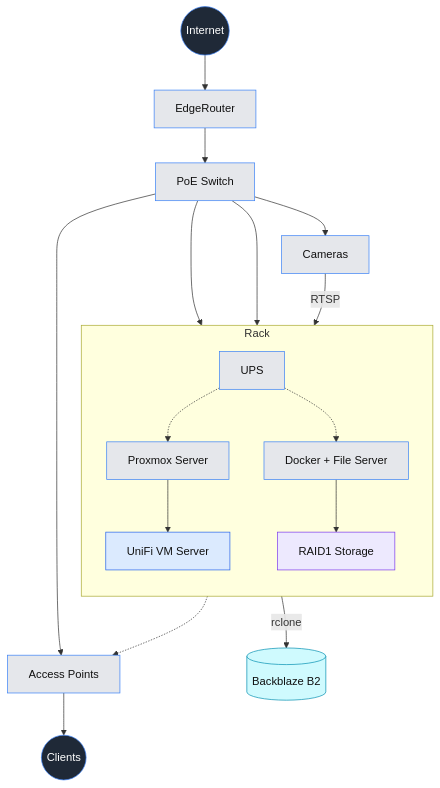
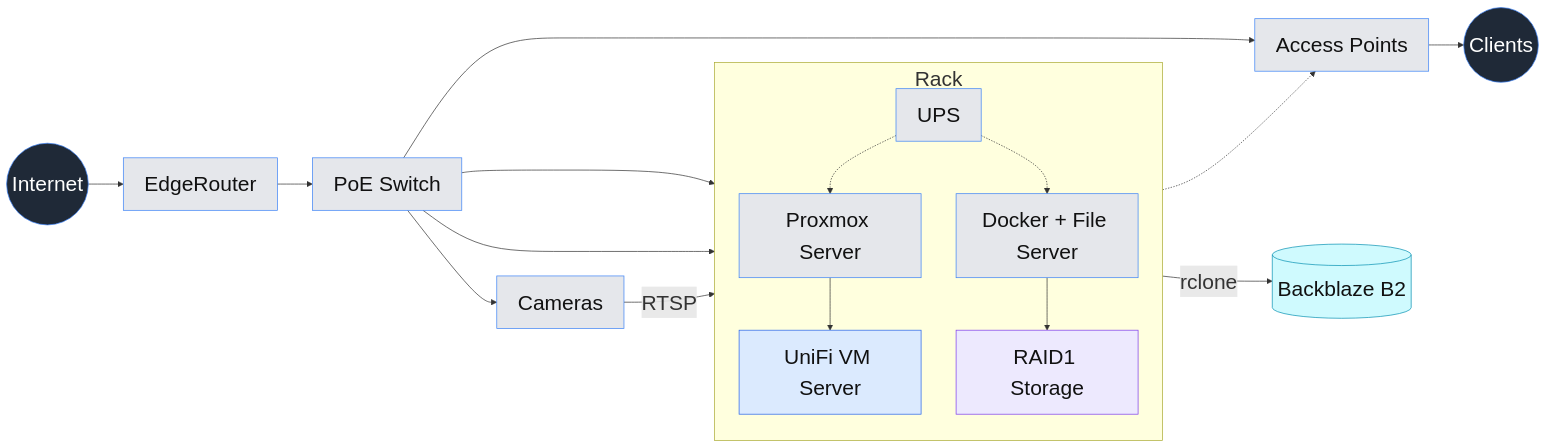
One commit to Steven-Vasquez/steven-vasquez.github.io changed the diagram in public/images/Blog_Images/WarehouseNetworkRack/diagrams/network_diagram.mmd. Above: the diagram before and after it, drawn with Mermaid. The commit also changed 27 other files, not shown here.

```diff
--- a/public/images/Blog_Images/WarehouseNetworkRack/diagrams/network_diagram.mmd
+++ b/public/images/Blog_Images/WarehouseNetworkRack/diagrams/network_diagram.mmd
@@ -1,56 +1,45 @@
-flowchart TD
+---
+config:
+  layout: dagre
+  themeVariables:
+    fontSize: 30px
 
-%% =========================
-%% Styles
-%% =========================
-classDef network fill:#1f2937,color:#fff,stroke:#3b82f6,stroke-width:1px;
-classDef device fill:#e5e7eb,color:#111,stroke:#3b82f6;
-classDef service fill:#dbeafe,color:#111,stroke:#2563eb;
-classDef storage fill:#ede9fe,color:#111,stroke:#7c3aed;
-classDef cloud fill:#cffafe,color:#111,stroke:#0891b2;
-classDef group fill:#f9fafb,stroke:#9ca3af;
+---
+flowchart LR
+ subgraph Rack["Rack"]
+    direction TB
+        UPS["UPS"]
+        Proxmox["Proxmox Server"]
+        Server["Docker + File Server"]
+        UniFiVM["UniFi VM Server"]
+        Storage["RAID1 Storage"]
+  end
+    Internet(("Internet")) --> Router["EdgeRouter"]
+    Router --> Switch["PoE Switch"]
+    UPS -.-> Proxmox & Server
+    Proxmox --> UniFiVM
+    Server --> Storage
+    Switch --> Proxmox & Server & Cameras["Cameras"] & APs["Access Points"]
+    Cameras -- RTSP --> Server
+    UniFiVM -.-> APs
+    APs --> Clients(("Clients"))
+    Storage -- rclone --> Backblaze[("Backblaze B2")]
 
-%% =========================
-%% CORE
-%% =========================
-Internet((Internet)):::network --> Router[EdgeRouter]:::device --> Switch[PoE Switch]:::device
-
-%% =========================
-%% RACK
-%% =========================
-subgraph Rack
-direction TB
-class Rack group
-
-UPS[UPS]:::device
-
-Proxmox[Proxmox Server]:::device
-Server[Docker + File Server]:::device
-UniFiVM[UniFi VM Server]:::service
-Storage[RAID1 Storage]:::storage
-
-UPS -.-> Proxmox
-UPS -.-> Server
-
-Proxmox --> UniFiVM
-Server --> Storage
-
-end
-
-%% =========================
-%% NETWORK DEVICES
-%% =========================
-Switch --> Proxmox
-Switch --> Server
-
-Switch --> Cameras[Cameras]:::device
-Cameras -->|RTSP| Server
-
-Switch --> APs[Access Points]:::device
-UniFiVM -.-> APs
-APs --> Clients((Clients)):::network
-
-%% =========================
-%% CLOUD
-%% =========================
-Storage -->|rclone| Backblaze[(Backblaze B2)]:::cloud
+     Internet:::network
+     Router:::device
+     Switch:::device
+     UPS:::device
+     Proxmox:::device
+     Server:::device
+     UniFiVM:::service
+     Storage:::storage
+     Cameras:::device
+     APs:::device
+     Clients:::network
+     Backblaze:::cloud
+    classDef network fill:#1f2937,color:#fff,stroke:#3b82f6,stroke-width:1px
+    classDef device fill:#e5e7eb,color:#111,stroke:#3b82f6
+    classDef service fill:#dbeafe,color:#111,stroke:#2563eb
+    classDef storage fill:#ede9fe,color:#111,stroke:#7c3aed
+    classDef cloud fill:#cffafe,color:#111,stroke:#0891b2
+    classDef group fill:#f9fafb,stroke:#9ca3af
```
